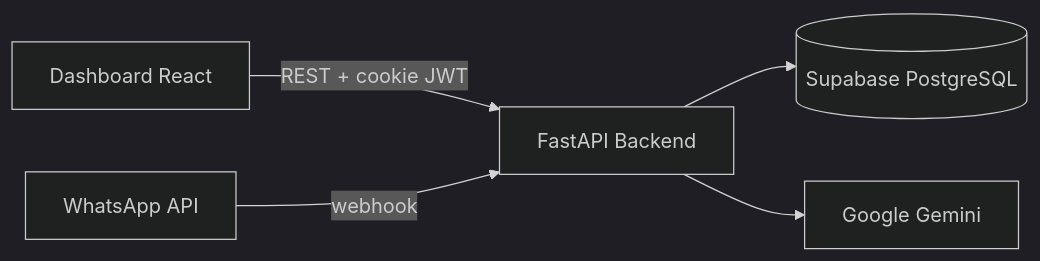
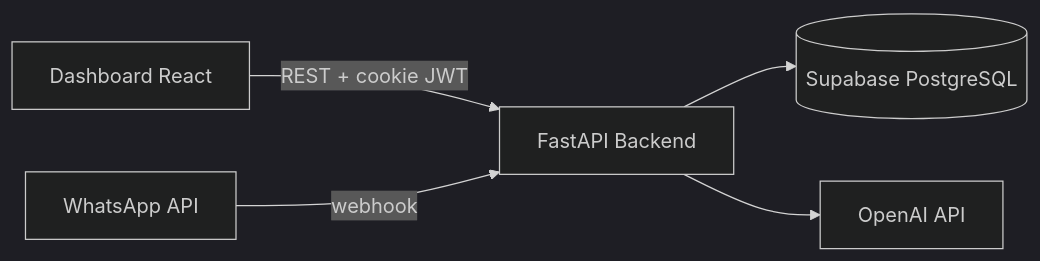
Before and after one commit to victorhayafuji/flowia-master-engine: the first of 2 diagrams in docs/ARCHITECTURE.md, drawn with Mermaid (dark theme). The commit also changed other lines of this file and 161 other files, not shown here.

````diff
--- a/docs/ARCHITECTURE.md
+++ b/docs/ARCHITECTURE.md
@@ -7,7 +7,7 @@
 ```mermaid
 flowchart LR
     Dashboard[Dashboard React] -->|REST + cookie JWT| API[FastAPI Backend]
     API --> Supabase[(Supabase PostgreSQL)]
-    API --> Gemini[Google Gemini]
+    API --> OpenAI[OpenAI API]
     WhatsApp[WhatsApp API] -->|webhook| API
 ```
````
